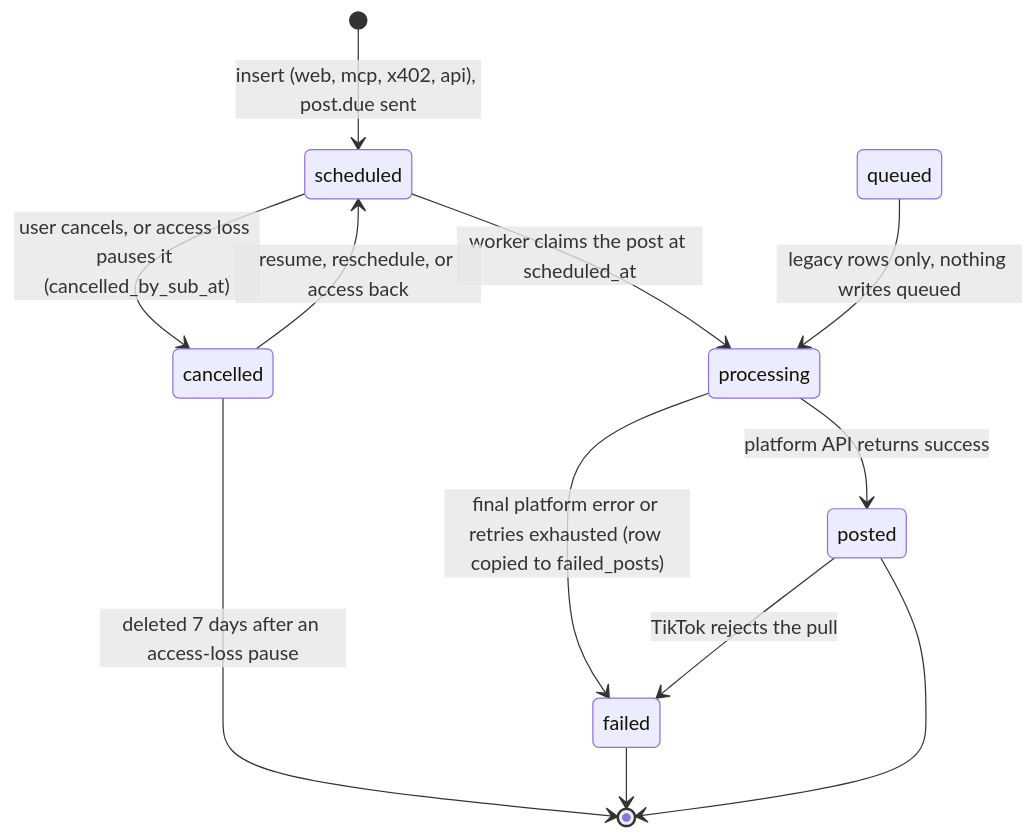
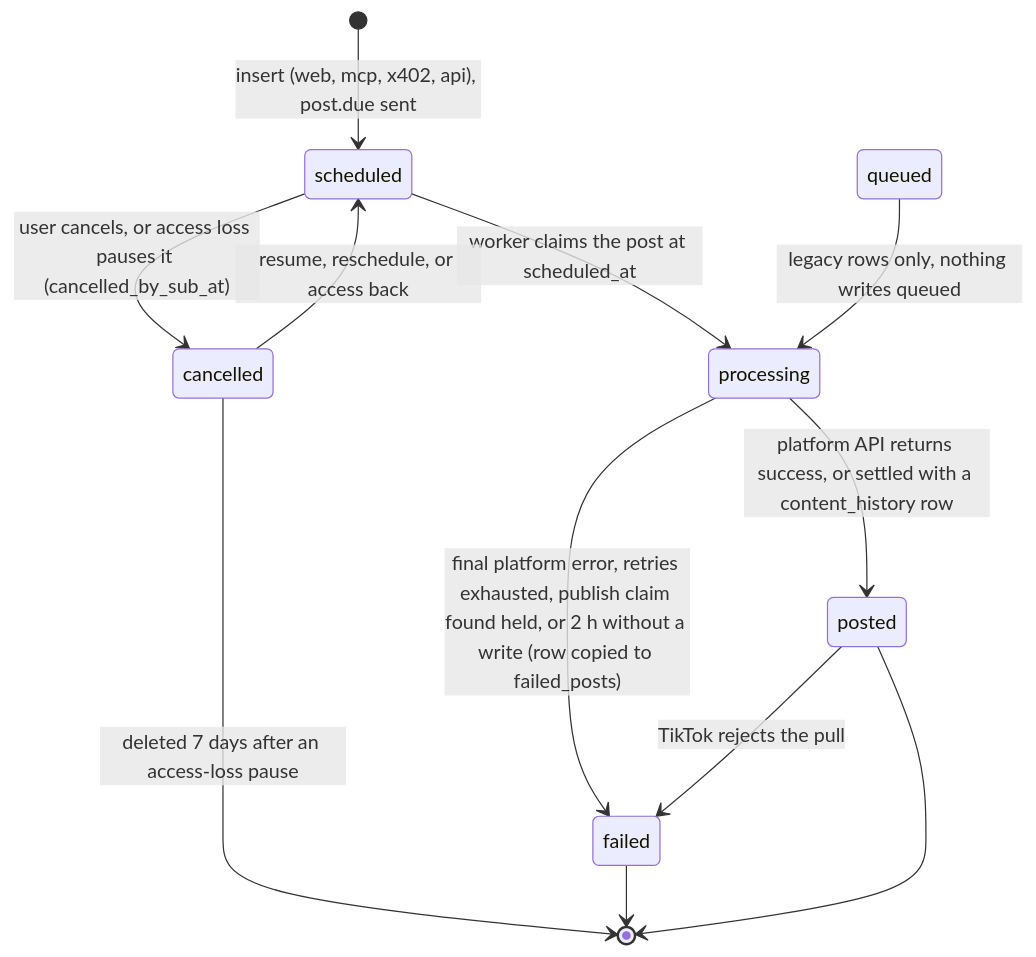
Before and after one commit to Andy00L/sharetopus: the second of 4 diagrams in docs/DATABASE.md, drawn with Mermaid. The commit also changed other lines of this file and 15 other files, not shown here.

````diff
--- a/docs/DATABASE.md
+++ b/docs/DATABASE.md
@@ -331,14 +331,14 @@
 ```mermaid
 stateDiagram-v2
     [*] --> scheduled : insert (web, mcp, x402, api), post.due sent
     scheduled --> processing : worker claims the post at scheduled_at
     queued --> processing : legacy rows only, nothing writes queued
     scheduled --> cancelled : user cancels, or access loss pauses it (cancelled_by_sub_at)
     cancelled --> scheduled : resume, reschedule, or access back
     cancelled --> [*] : deleted 7 days after an access-loss pause
-    processing --> posted : platform API returns success
-    processing --> failed : final platform error or retries exhausted (row copied to failed_posts)
+    processing --> posted : platform API returns success, or settled with a content_history row
+    processing --> failed : final platform error, retries exhausted, publish claim found held, or 2 h without a write (row copied to failed_posts)
     posted --> failed : TikTok rejects the pull
     failed --> [*]
     posted --> [*]
 ```
````
